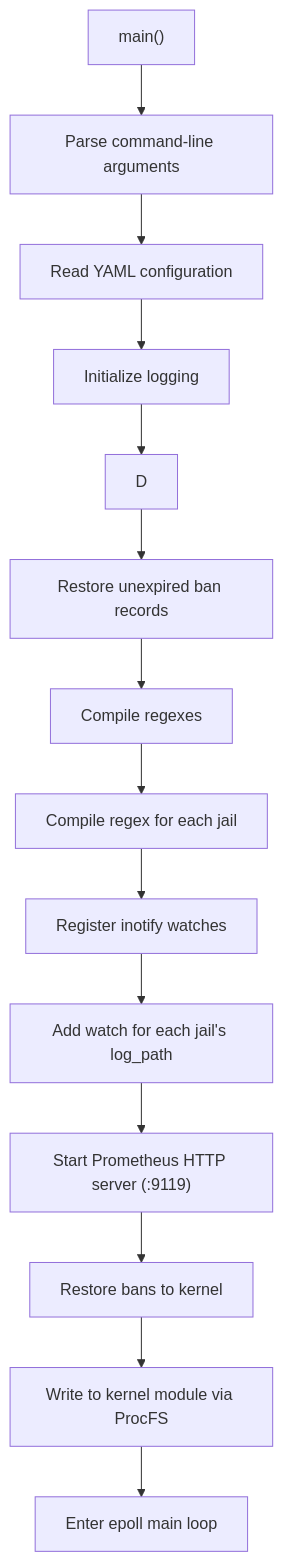
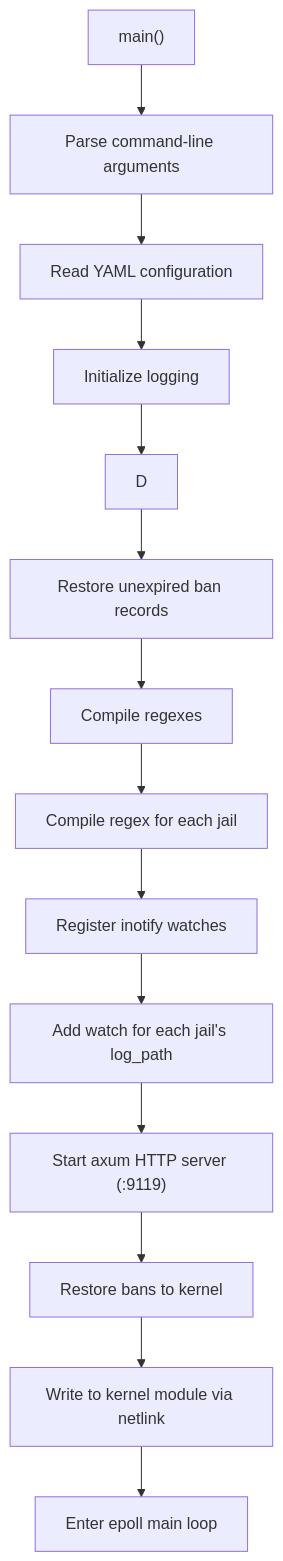
The third of 7 diagrams in docs/en/architecture/daemon.md (SnowCore8/linux-firewall-kmod), drawn with Mermaid before and after one commit. The commit also changed other lines of this file and 6 other files, not shown here.

First line of the commit message:
docs: align architecture framework (#10)

````diff
--- a/docs/en/architecture/daemon.md
+++ b/docs/en/architecture/daemon.md
@@ -129,18 +141,18 @@
 ```mermaid
 graph TB
     Start["main()"]
     A["Parse command-line arguments"]
     B["Read YAML configuration"]
     C["Initialize logging"]
     D1["Restore unexpired ban records"]
     E["Compile regexes"]
     E1["Compile regex for each jail"]
     F["Register inotify watches"]
     F1["Add watch for each jail's log_path"]
-    G["Start Prometheus HTTP server (:9119)"]
+    G["Start axum HTTP server (:9119)"]
     H["Restore bans to kernel"]
-    H1["Write to kernel module via ProcFS"]
+    H1["Write to kernel module via netlink"]
     I["Enter epoll main loop"]
 
     Start --> A --> B --> C --> D --> D1 --> E --> E1 --> F --> F1 --> G --> H --> H1 --> I
 ```
````
